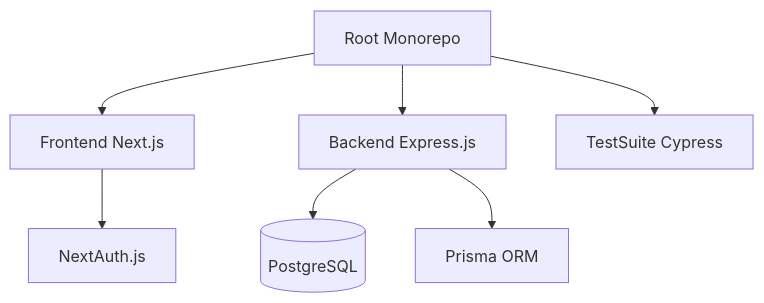
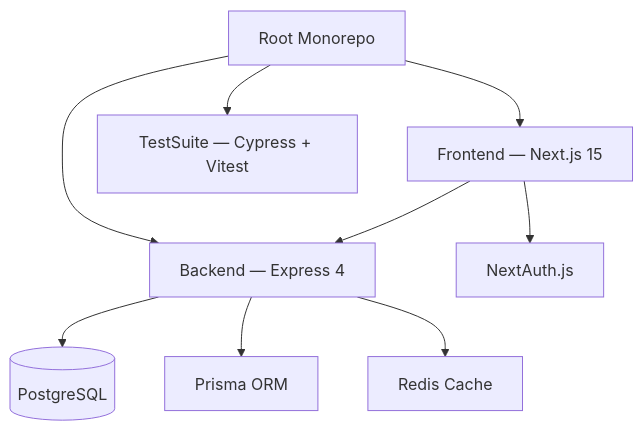
The diagram in README.md (Adrian463588/TechnoLoyaltyProgram), drawn with Mermaid before and after one commit. The commit also changed other lines of this file and 1 other file, not shown here.

````diff
--- a/README.md
+++ b/README.md
@@ -42,9 +68,11 @@
 ```mermaid
 graph TD
-    A[Root Monorepo] --> B[Frontend Next.js]
-    A --> C[Backend Express.js]
-    A --> D[TestSuite Cypress]
+    A[Root Monorepo] --> B[Frontend — Next.js 15]
+    A --> C[Backend — Express 4]
+    A --> D[TestSuite — Cypress + Vitest]
     C --> E[(PostgreSQL)]
     C --> F[Prisma ORM]
-    B --> G[NextAuth.js]
+    C --> G[Redis Cache]
+    B --> H[NextAuth.js]
+    B --> C
 ```
````
